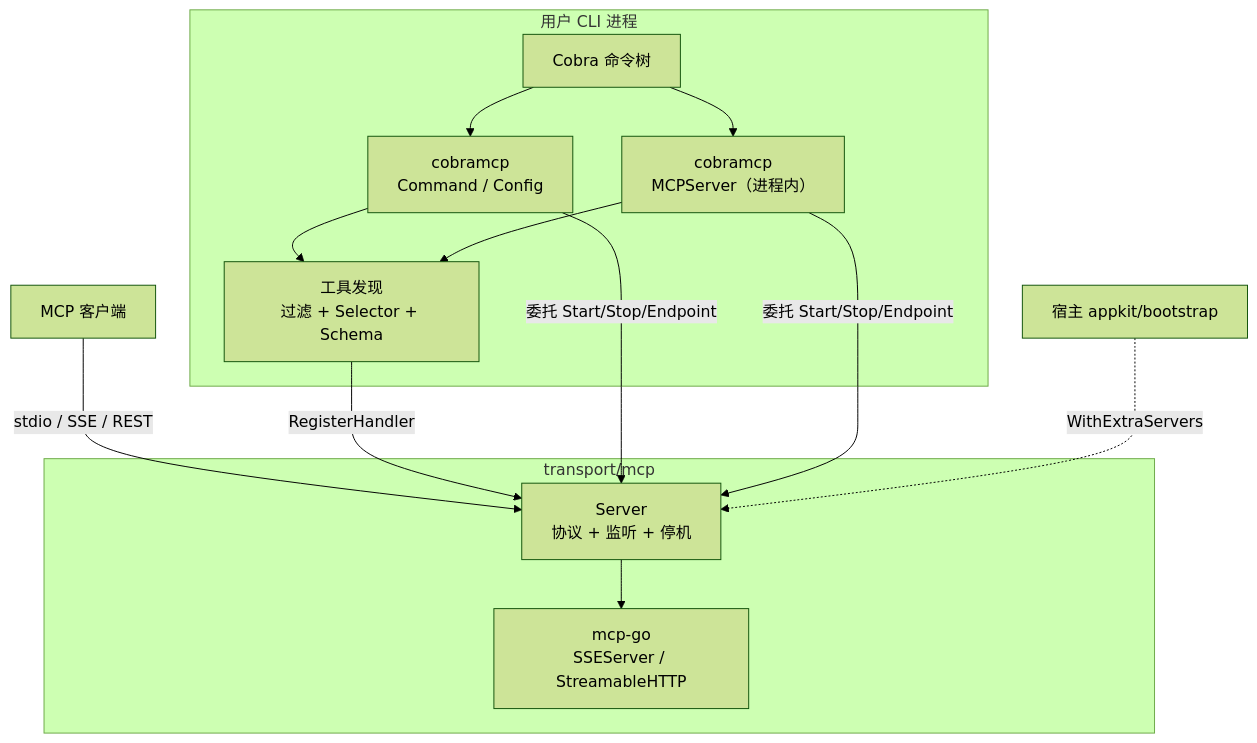
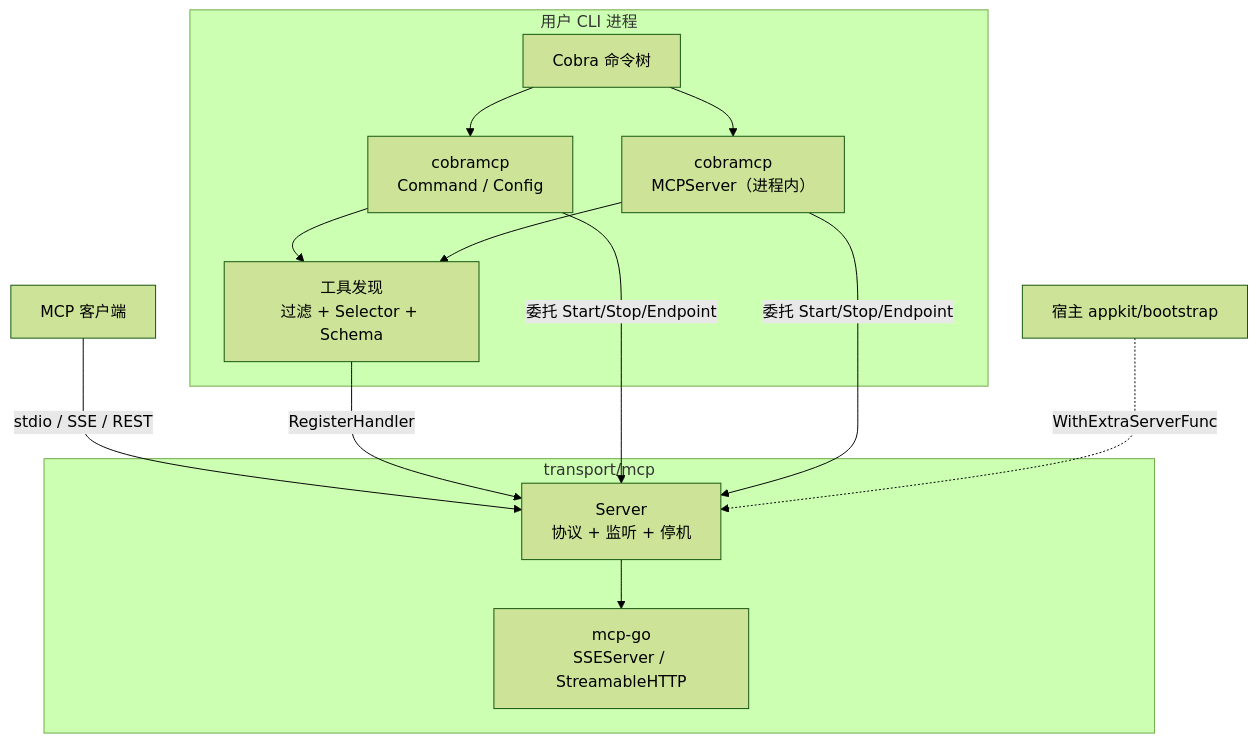
One commit to kalandramo/bald changed the diagram in docs/devel/zh-CN/Bald Cobra MCP 桥接设计.md. Above: the diagram before and after it, drawn with Mermaid (forest theme). The commit also changed other lines of this file and 70 other files, not shown here.

````diff
--- a/docs/devel/zh-CN/Bald Cobra MCP 桥接设计.md
+++ b/docs/devel/zh-CN/Bald Cobra MCP 桥接设计.md
@@ -139,26 +139,26 @@
 ```mermaid
 flowchart TB
     subgraph cli["用户 CLI 进程"]
         RC["Cobra 命令树"]
         CB["cobramcp<br/>Command / Config"]
         REG["工具发现<br/>过滤 + Selector + Schema"]
         MS["cobramcp<br/>MCPServer（进程内）"]
     end
 
     subgraph tm["transport/mcp"]
         TS["Server<br/>协议 + 监听 + 停机"]
         GO["mcp-go<br/>SSEServer / StreamableHTTP"]
     end
 
     CLIENT["MCP 客户端"] -->|stdio / SSE / REST| TS
     RC --> CB
     RC --> MS
     CB --> REG
     MS --> REG
     REG -->|RegisterHandler| TS
     TS --> GO
     CB -->|委托 Start/Stop/Endpoint| TS
     MS -->|委托 Start/Stop/Endpoint| TS
 
-    HOST["宿主 appkit/bootstrap"] -.->|WithExtraServers| TS
+    HOST["宿主 appkit/bootstrap"] -.->|WithExtraServerFunc| TS
 ```
````
